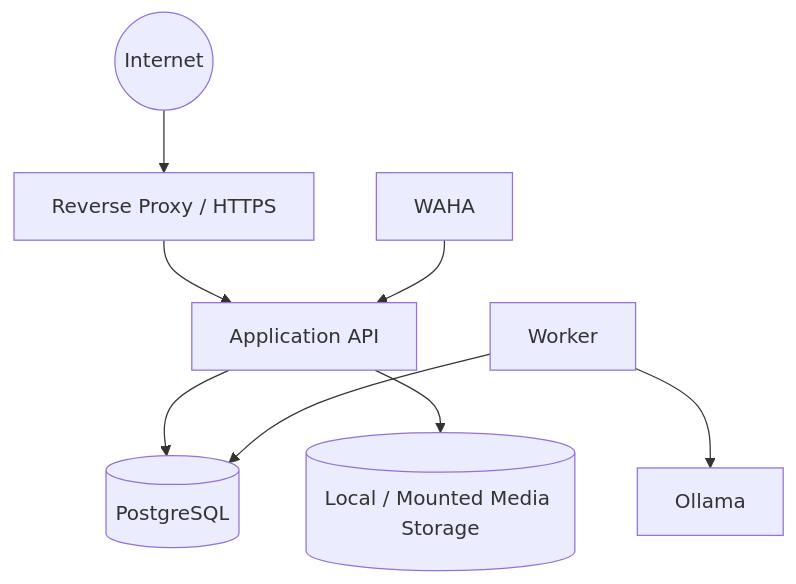
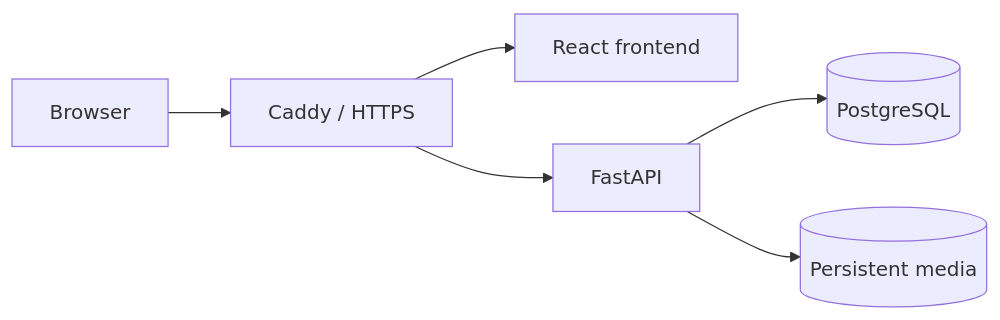
The first of 2 diagrams in docs/self-hosted-deployment.md (lucaserre/nautilusbook_showcase), drawn with Mermaid before and after one commit. The commit also changed other lines of this file, not shown here.

Commit message:
docs(showcase): clarify Pelagium web, desktop roadmap and release boundaries

````diff
--- a/docs/self-hosted-deployment.md
+++ b/docs/self-hosted-deployment.md
@@ -15,10 +7,8 @@
 ```mermaid
-flowchart TB
-    NET((Internet)) --> RP[Reverse Proxy / HTTPS]
-    RP --> API[Application API]
+flowchart LR
+    USER[Browser] --> TLS[Caddy / HTTPS]
+    TLS --> WEB[React frontend]
+    TLS --> API[FastAPI]
     API --> DB[(PostgreSQL)]
-    API --> MEDIA[(Local / Mounted Media Storage)]
-    WORKER[Worker] --> DB
-    WORKER --> LLM[Ollama]
-    WAHA[WAHA] --> API
+    API --> MEDIA[(Persistent media)]
 ```
````
